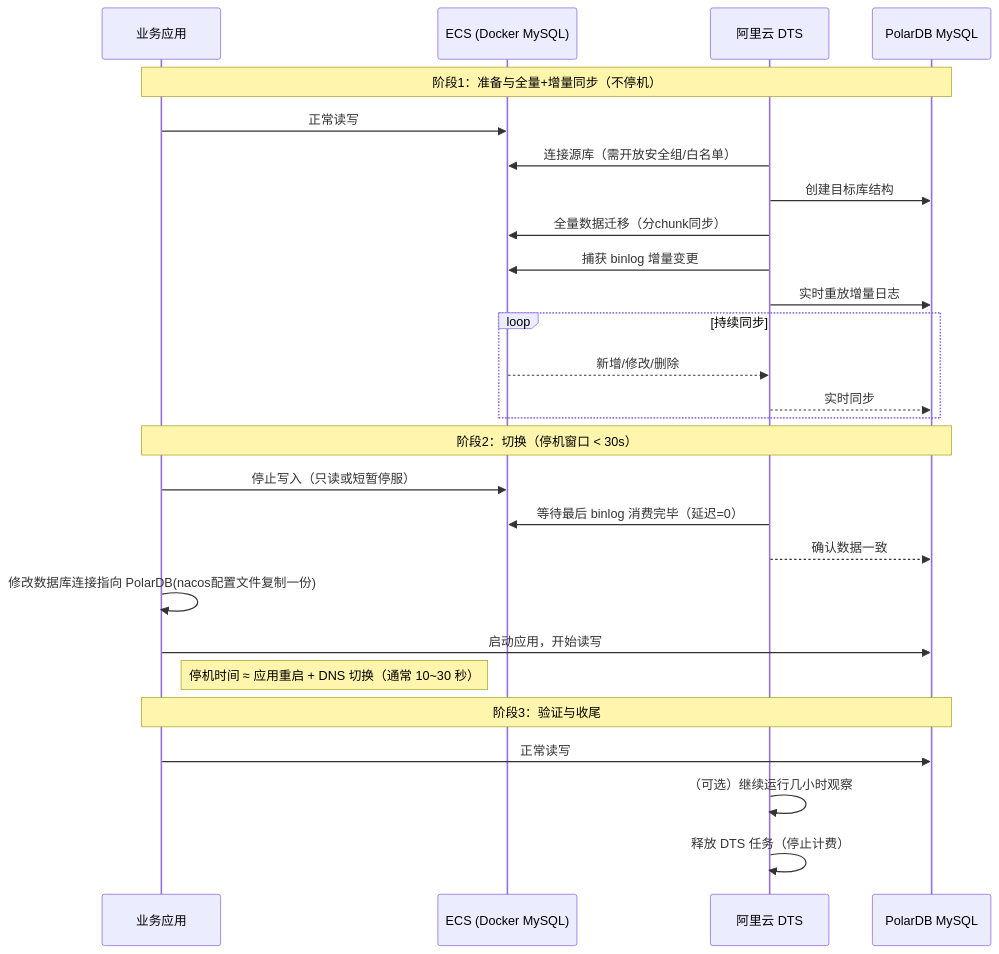
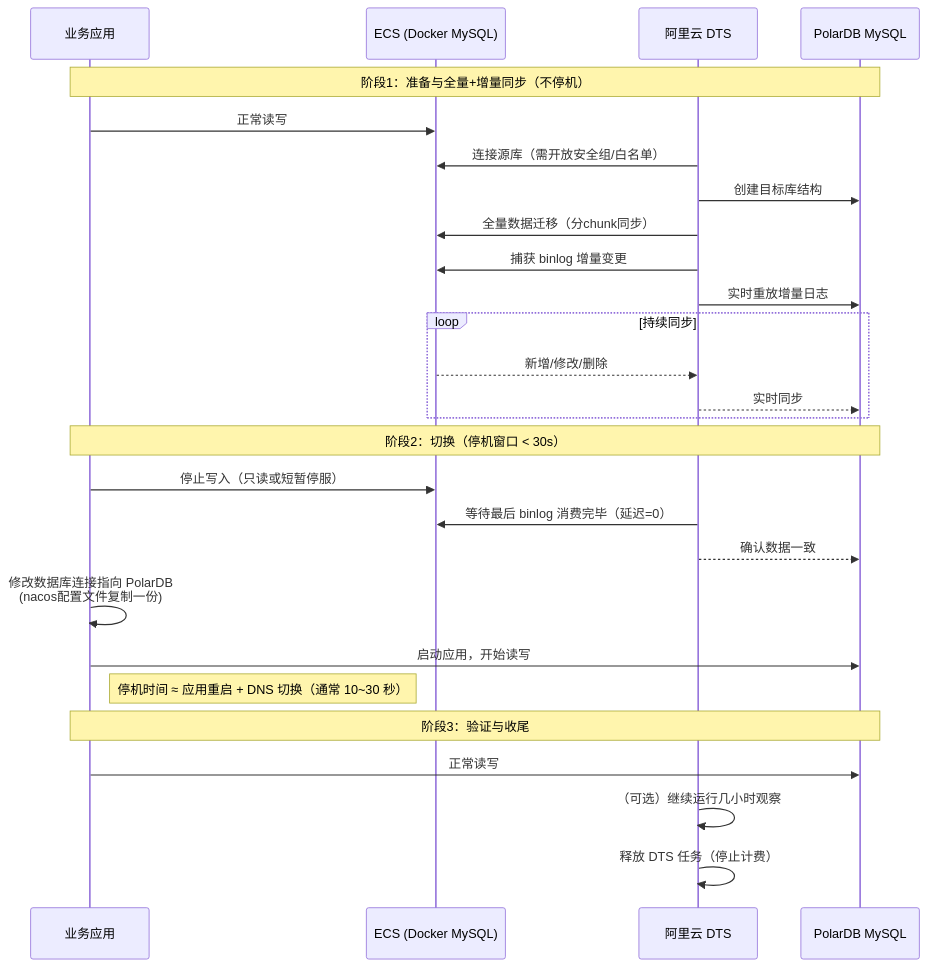
The diagram in 数据迁移/数据迁移准备.md (qq532955362/wtp-obsidian), drawn with Mermaid before and after one commit. The commit also changed other lines of this file and 7 other files, not shown here.

````diff
--- a/数据迁移/数据迁移准备.md
+++ b/数据迁移/数据迁移准备.md
@@ -3,33 +3,29 @@
 ```mermaid
 sequenceDiagram
     participant App as 业务应用
     participant Source as ECS (Docker MySQL)
     participant DTS as 阿里云 DTS
     participant Target as PolarDB MySQL
-
     Note over App,Target: 阶段1：准备与全量+增量同步（不停机）
     App->>Source: 正常读写
     DTS->>Source: 连接源库（需开放安全组/白名单）
     DTS->>Target: 创建目标库结构
     DTS->>Source: 全量数据迁移（分chunk同步）
     DTS->>Source: 捕获 binlog 增量变更
     DTS->>Target: 实时重放增量日志
     loop 持续同步
         Source-->>DTS: 新增/修改/删除
         DTS-->>Target: 实时同步
     end
-
     Note over App,Target: 阶段2：切换（停机窗口 < 30s）
     App->>Source: 停止写入（只读或短暂停服）
     DTS->>Source: 等待最后 binlog 消费完毕（延迟=0）
     DTS-->>Target: 确认数据一致
-    App->>App: 修改数据库连接指向 PolarDB(nacos配置文件复制一份)
+    App->>App: 修改数据库连接指向 PolarDB<br>(nacos配置文件复制一份)
     App->>Target: 启动应用，开始读写
     Note right of App: 停机时间 ≈ 应用重启 + DNS 切换（通常 10~30 秒）
-
     Note over App,Target: 阶段3：验证与收尾
     App->>Target: 正常读写
     DTS->>DTS: （可选）继续运行几小时观察
     DTS->>DTS: 释放 DTS 任务（停止计费）
-
 ```
````
